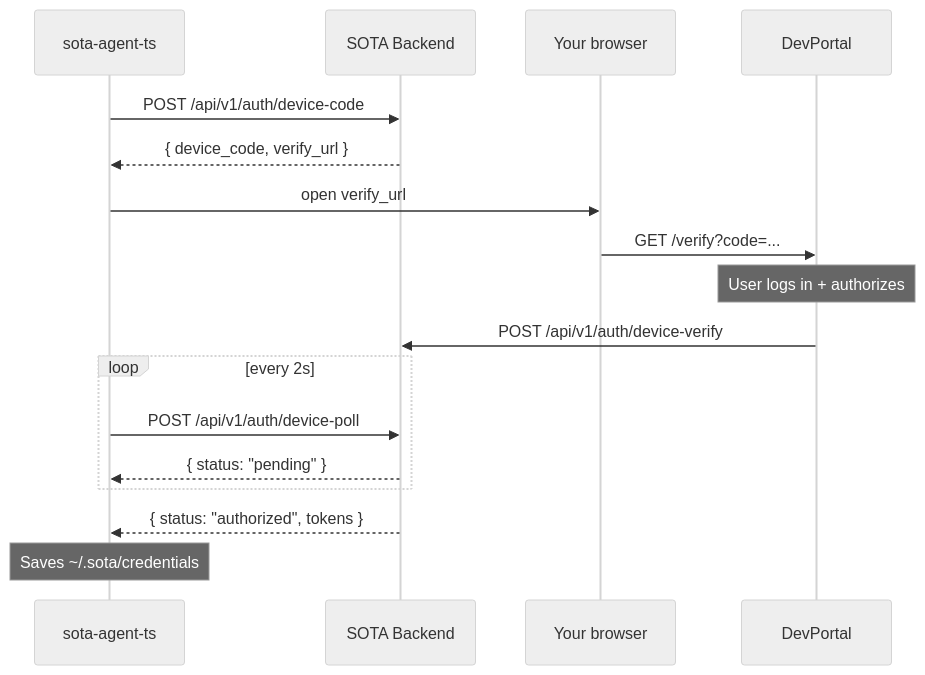
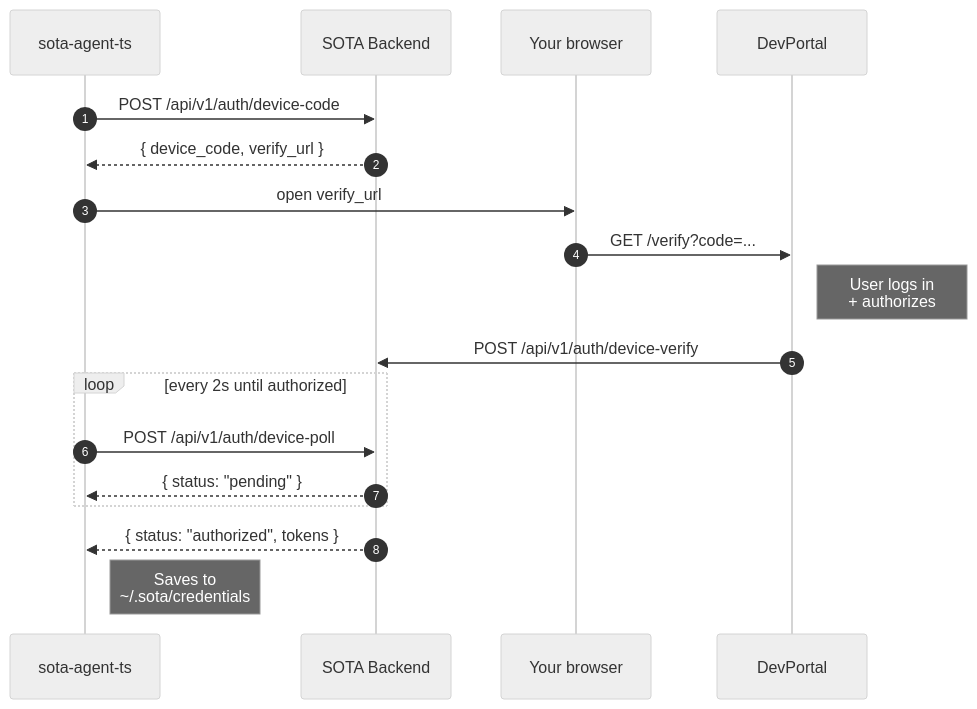
One commit to kolyamkl/sota-sdk-ts changed the second of 4 diagrams in README.md. Above: the diagram before and after it, drawn with Mermaid (neutral theme). The commit also changed other lines of this file, not shown here.

Commit message:
docs: reduce sequenceDiagram overlap (autonumber + right-side notes)
The User-logs-in note used to sit directly over Portal and collide with the next arrow label; Saves-credentials sat over the leftmost column and overlapped the bottom participant footer. Swapping to 'Note right of Portal' / 'Note right of CLI' with <br/> line breaks keeps the notes next to the lifelines instead of spanning them. Same fix applied to the job-flow diagram below. Added autonumber so the order of steps is visually clear in both diagrams.

````diff
--- a/README.md
+++ b/README.md
@@ -87,20 +87,23 @@
 ```mermaid
 sequenceDiagram
+    autonumber
     participant CLI as sota-agent-ts
     participant API as SOTA Backend
     participant Browser as Your browser
     participant Portal as DevPortal
 
     CLI->>API: POST /api/v1/auth/device-code
     API-->>CLI: { device_code, verify_url }
     CLI->>Browser: open verify_url
     Browser->>Portal: GET /verify?code=...
-    Note over Portal: User logs in + authorizes
+    Note right of Portal: User logs in<br/>+ authorizes
     Portal->>API: POST /api/v1/auth/device-verify
-    loop every 2s
+
+    loop every 2s until authorized
         CLI->>API: POST /api/v1/auth/device-poll
         API-->>CLI: { status: "pending" }
     end
+
     API-->>CLI: { status: "authorized", tokens }
-    Note over CLI: Saves ~/.sota/credentials
+    Note right of CLI: Saves to<br/>~/.sota/credentials
 ```
````
